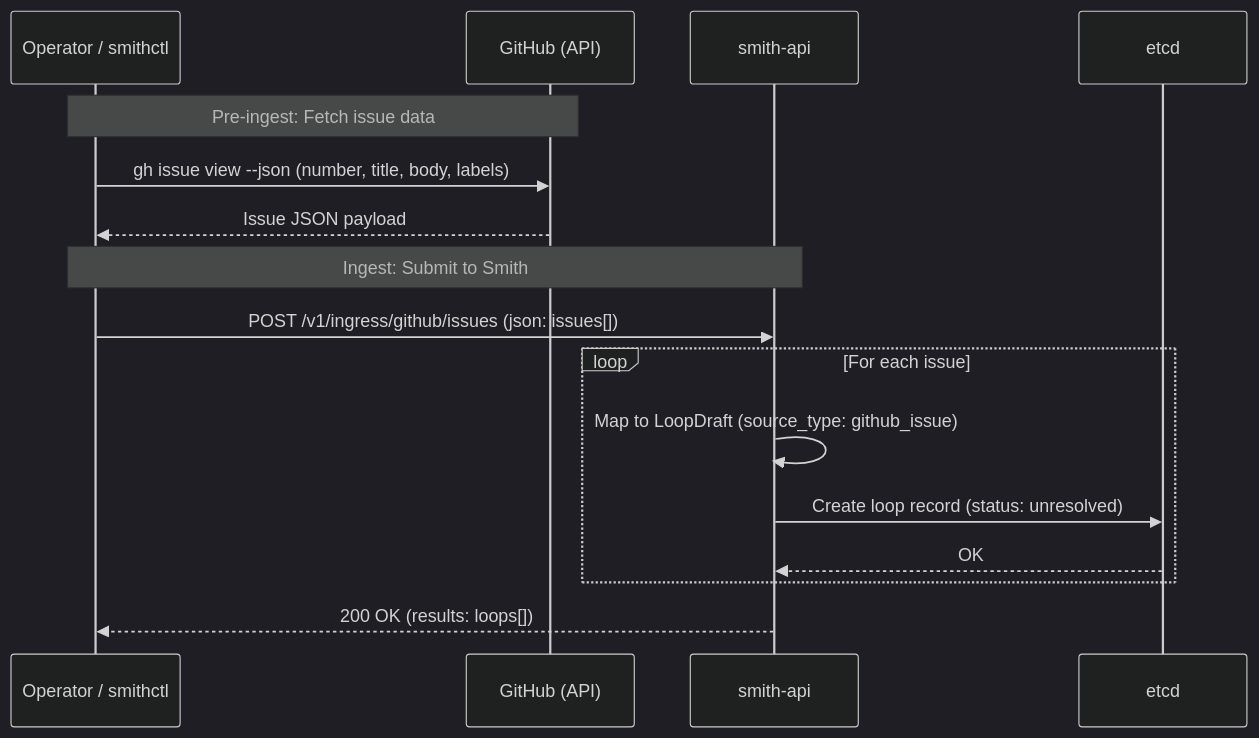
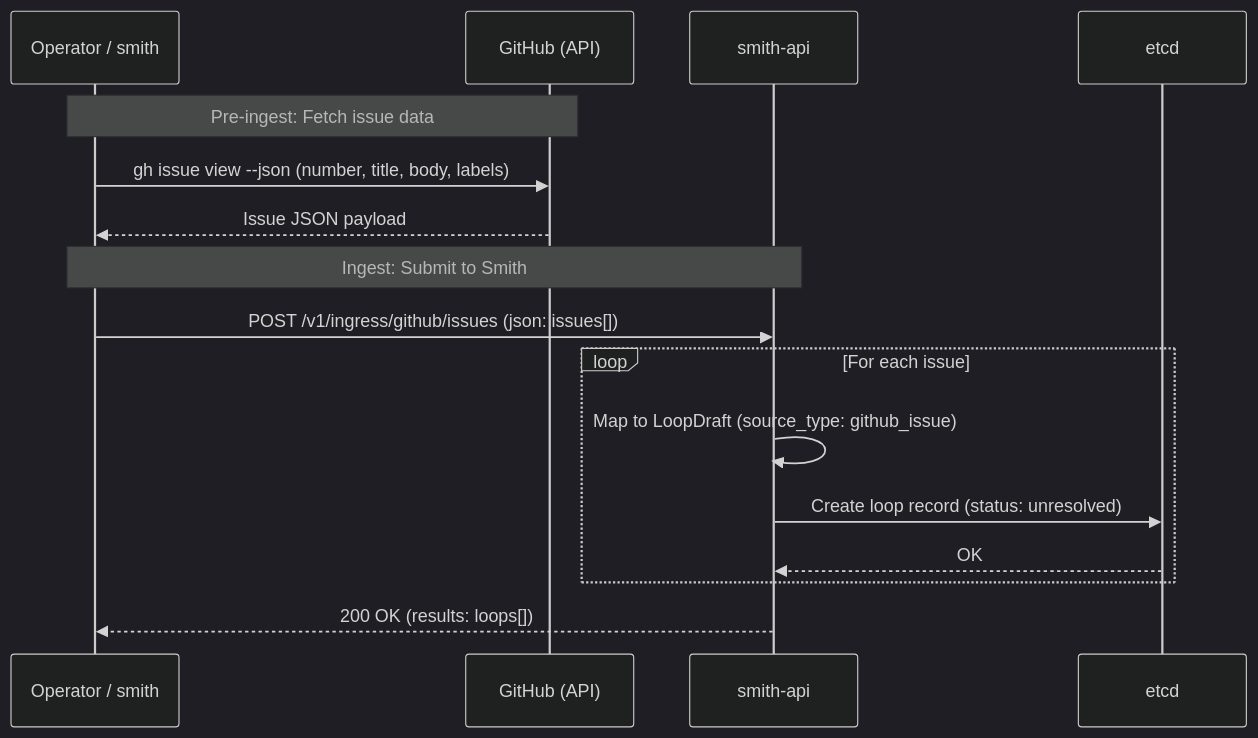
Before and after one commit to mrkplt/smith: the diagram in docs/diagrams/ingress-github.mmd, drawn with Mermaid (dark theme). The commit also changed 47 other files, not shown here.

Commit message:
refactor(cli): consolidate operator and replica flows under smith

```diff
--- a/docs/diagrams/ingress-github.mmd
+++ b/docs/diagrams/ingress-github.mmd
@@ -1,18 +1,18 @@
 sequenceDiagram
-    participant operator as Operator / smithctl
+    participant operator as Operator / smith
     participant github as GitHub (API)
     participant api as smith-api
     participant etcd as etcd
 
     Note over operator,github: Pre-ingest: Fetch issue data
     operator->>github: gh issue view --json (number, title, body, labels)
     github-->>operator: Issue JSON payload
     
     Note over operator,api: Ingest: Submit to Smith
     operator->>api: POST /v1/ingress/github/issues (json: issues[])
     loop For each issue
         api->>api: Map to LoopDraft (source_type: github_issue)
         api->>etcd: Create loop record (status: unresolved)
         etcd-->>api: OK
     end
     api-->>operator: 200 OK (results: loops[])
```
